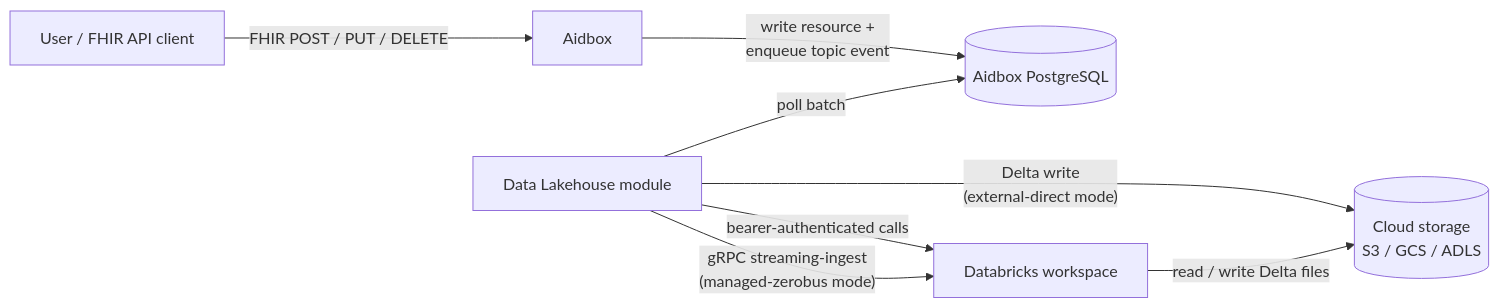
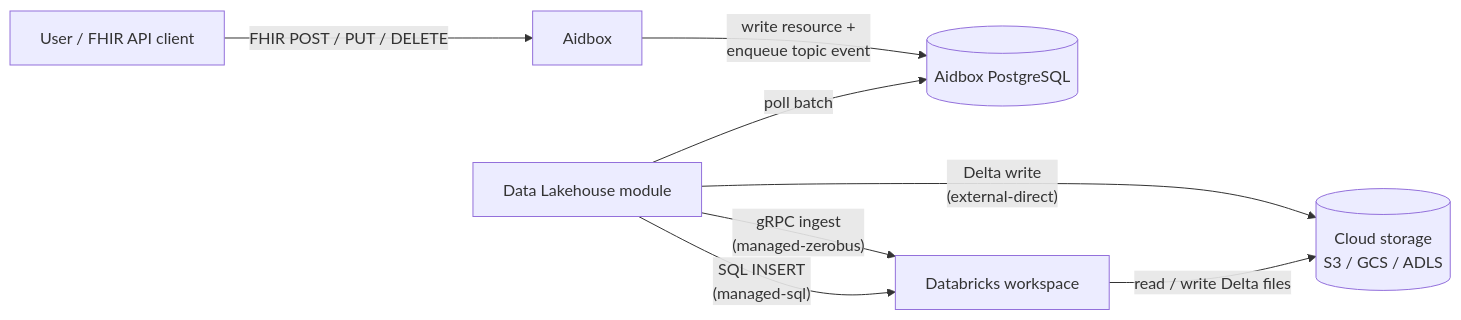
Before and after one commit to HealthSamurai/aidbox-docs: the first of 7 diagrams in docs/tutorials/subscriptions-tutorials/data-lakehouse-aidboxtopicdestination.md, drawn with Mermaid. The commit also changed other lines of this file, not shown here.

````diff
--- a/docs/tutorials/subscriptions-tutorials/data-lakehouse-aidboxtopicdestination.md
+++ b/docs/tutorials/subscriptions-tutorials/data-lakehouse-aidboxtopicdestination.md
@@ -74,17 +72,17 @@
 ```mermaid
 graph LR
     Client[User / FHIR API client]:::blue2
     Aidbox[Aidbox]:::blue2
     PG[(Aidbox PostgreSQL)]:::neutral2
     Mod[Data Lakehouse module]:::yellow2
     DBX[Databricks workspace]:::green2
     FS[(Cloud storage<br/>S3 / GCS / ADLS)]:::violet2
 
     Client -- FHIR POST / PUT / DELETE --> Aidbox
     Aidbox -- write resource +<br/>enqueue topic event --> PG
     Mod -- poll batch --> PG
-    Mod -- bearer-authenticated calls --> DBX
-    Mod -- gRPC streaming-ingest<br/>(managed-zerobus mode) --> DBX
-    Mod -- Delta write<br/>(external-direct mode) --> FS
+    Mod -- gRPC ingest<br/>(managed-zerobus) --> DBX
+    Mod -- SQL INSERT<br/>(managed-sql) --> DBX
+    Mod -- Delta write<br/>(external-direct) --> FS
     DBX -- read / write Delta files --> FS
 ```
````
